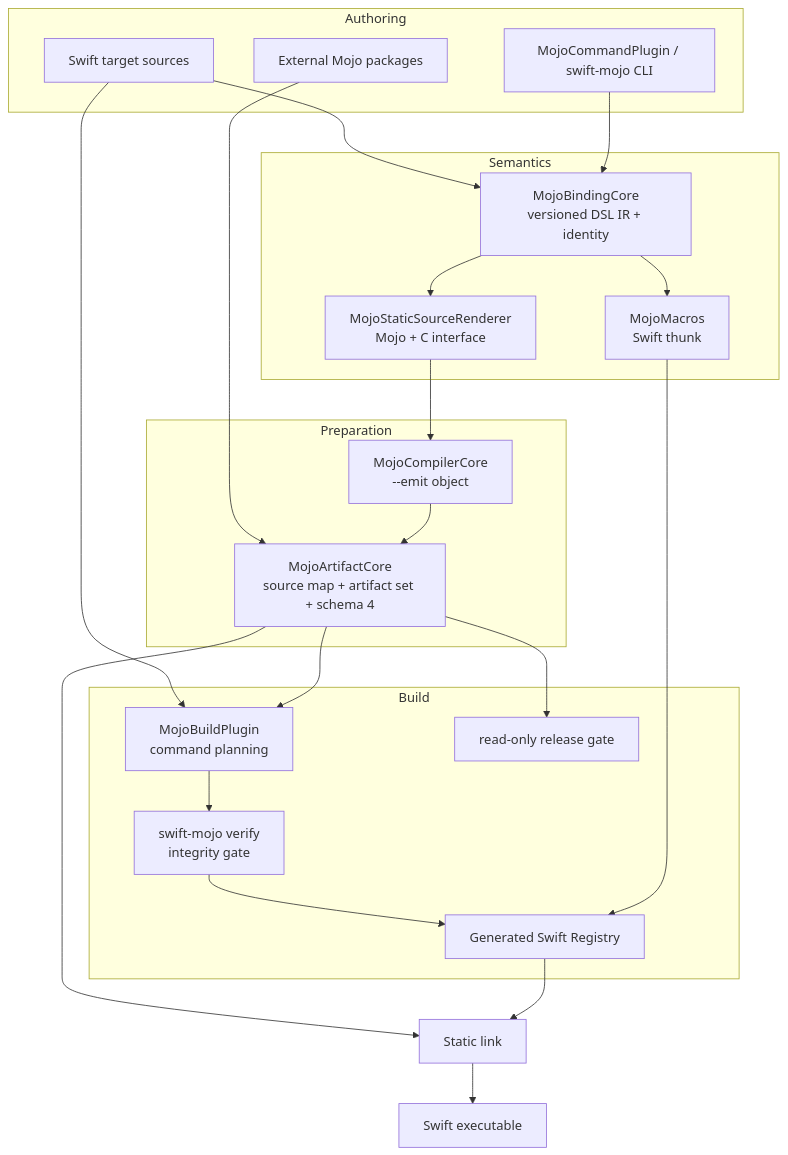
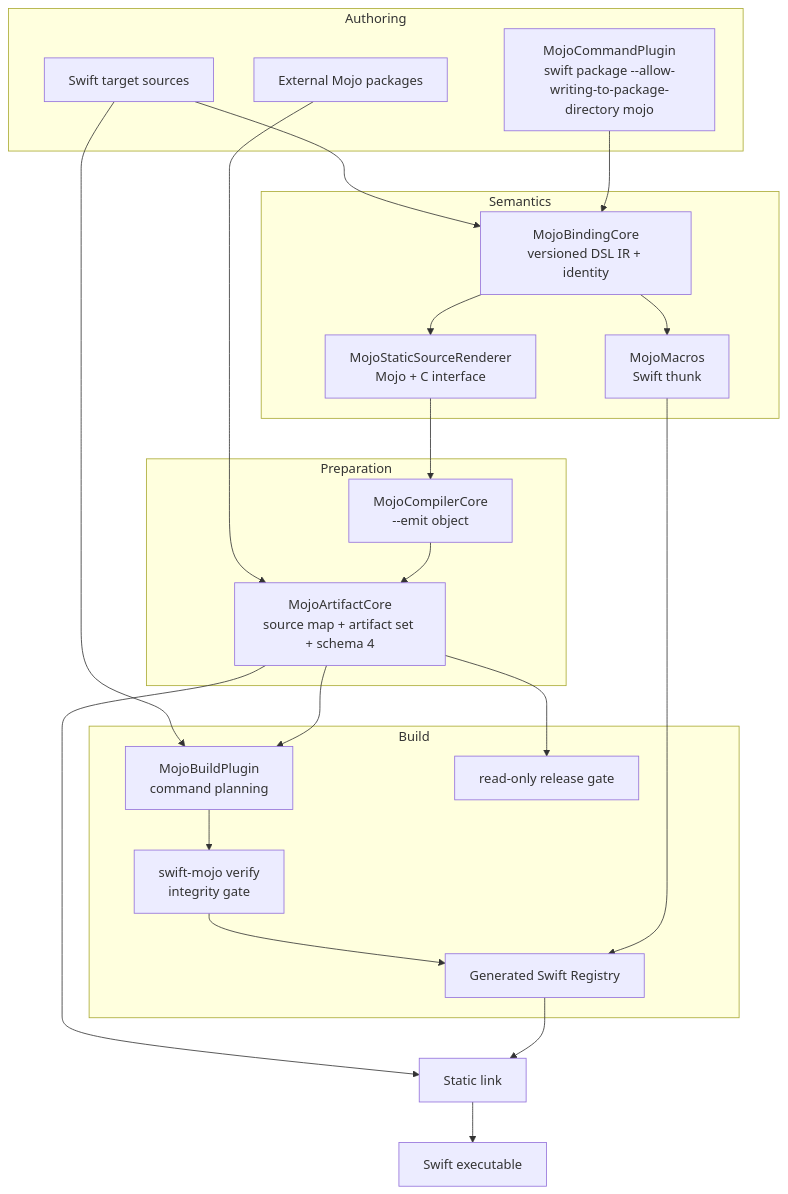
The first of 3 diagrams in docs/DESIGN.md (1amageek/swift-mojo), drawn with Mermaid before and after one commit. The commit also changed other lines of this file and 39 other files, not shown here.

````diff
--- a/docs/DESIGN.md
+++ b/docs/DESIGN.md
@@ -35,38 +36,38 @@
 ```mermaid
 flowchart TB
     subgraph Authoring
         Swift["Swift target sources"]
-        CLI["MojoCommandPlugin / swift-mojo CLI"]
+        CLI["MojoCommandPlugin<br/>swift package --allow-writing-to-package-directory mojo"]
         External["External Mojo packages"]
     end
 
     subgraph Semantics
         IR["MojoBindingCore<br/>versioned DSL IR + identity"]
         Macro["MojoMacros<br/>Swift thunk"]
         Renderer["MojoStaticSourceRenderer<br/>Mojo + C interface"]
     end
 
     subgraph Preparation
         Compiler["MojoCompilerCore<br/>--emit object"]
         Packager["MojoArtifactCore<br/>source map + artifact set + schema 4"]
     end
 
     subgraph Build
         Plugin["MojoBuildPlugin<br/>command planning"]
         Verifier["swift-mojo verify<br/>integrity gate"]
         Registry["Generated Swift Registry"]
         Release["read-only release gate"]
     end
 
     Swift --> IR
     IR --> Macro
     CLI --> IR
     External --> Packager
     IR --> Renderer --> Compiler --> Packager
     Swift --> Plugin
     Packager --> Plugin --> Verifier --> Registry
     Packager --> Release
     Macro --> Registry
     Packager --> Link["Static link"]
     Registry --> Link --> Executable["Swift executable"]
 ```
````
